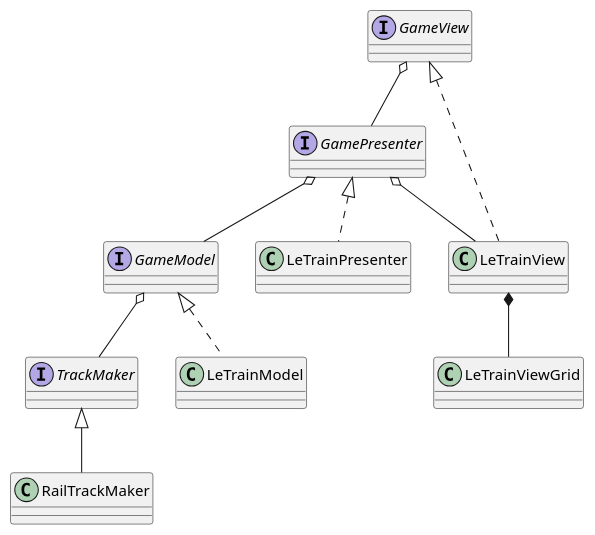
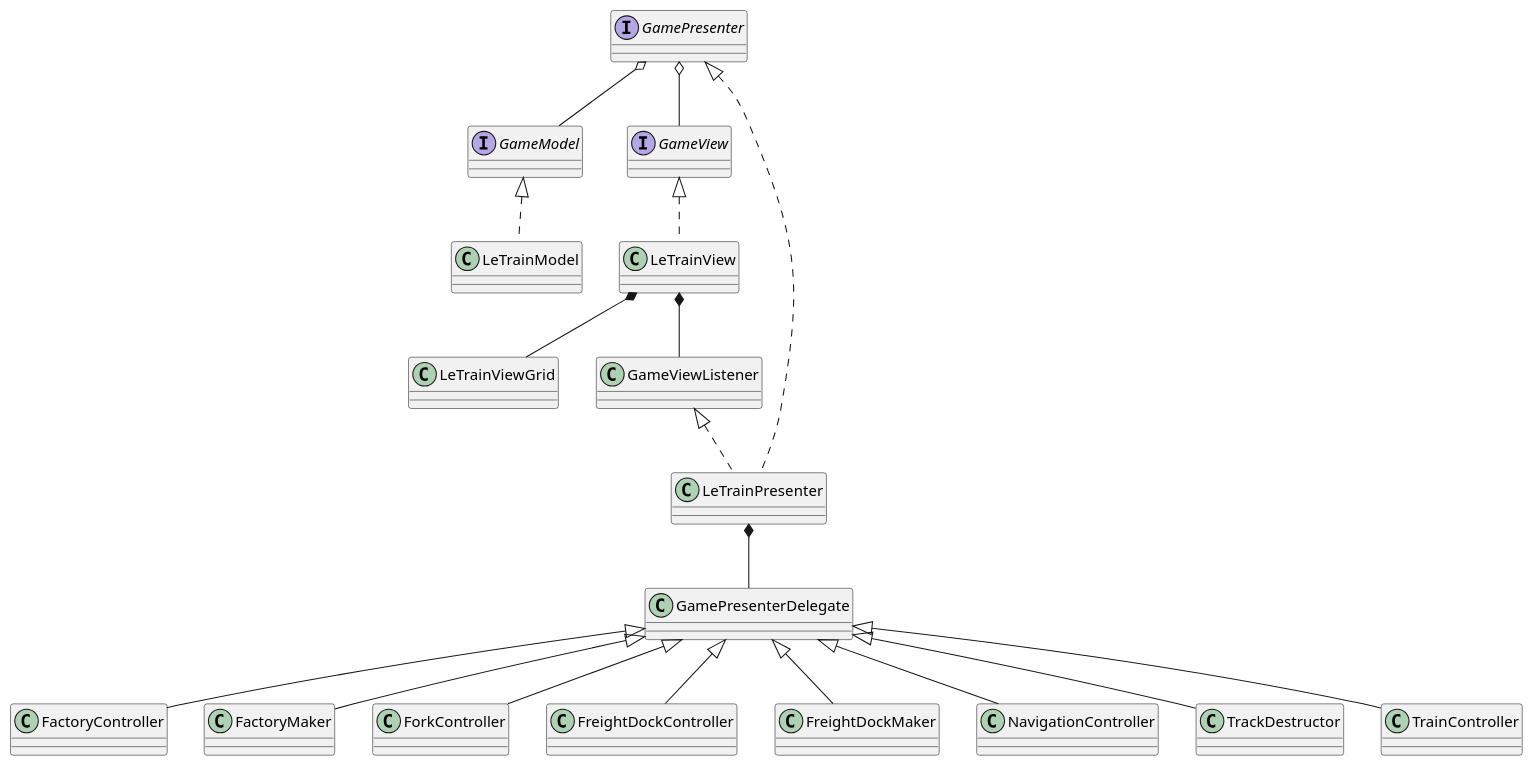
Before and after one commit to antoniovazquezaraujo/LeTrain: the fourth of 4 diagrams in Help.adoc, drawn with PlantUML. The commit also changed other lines of this file and 42 other files, not shown here.

```diff
--- a/Help.adoc
+++ b/Help.adoc
@@ -115,25 +116,30 @@
 [plantuml, mvp, png]
 ....
 interface GamePresenter
 interface GameModel
 interface GameView
-interface TrackMaker
 
 class LeTrainView
 class LeTrainPresenter
 class LeTrainViewGrid
 class LeTrainModel
-class RailTrackMaker
 
 GameModel <|.. LeTrainModel
-GameModel o-- TrackMaker
-TrackMaker <|-- RailTrackMaker
 GamePresenter <|.. LeTrainPresenter
 GameView <|.. LeTrainView
-
+LeTrainView *-- GameViewListener
 LeTrainView *-- LeTrainViewGrid
-GameView o-- GamePresenter
-GamePresenter o-- LeTrainView
+GamePresenter o-- GameView
 GamePresenter o-- GameModel
+LeTrainPresenter *-- GamePresenterDelegate
+GameViewListener <|..  LeTrainPresenter
+GamePresenterDelegate <|-- FactoryController
+GamePresenterDelegate <|-- FactoryMaker
+GamePresenterDelegate <|-- ForkController
+GamePresenterDelegate <|-- FreightDockController
+GamePresenterDelegate <|-- FreightDockMaker
+GamePresenterDelegate <|-- NavigationController
+GamePresenterDelegate <|-- TrackDestructor
+GamePresenterDelegate <|-- TrainController
 
 ....
```
